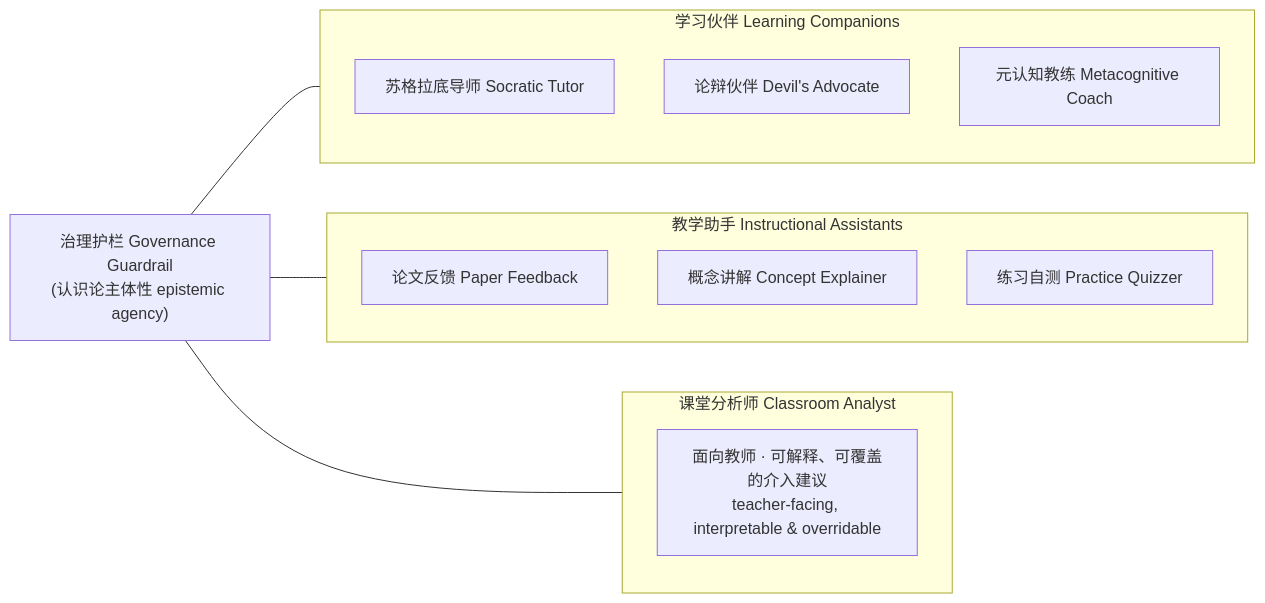
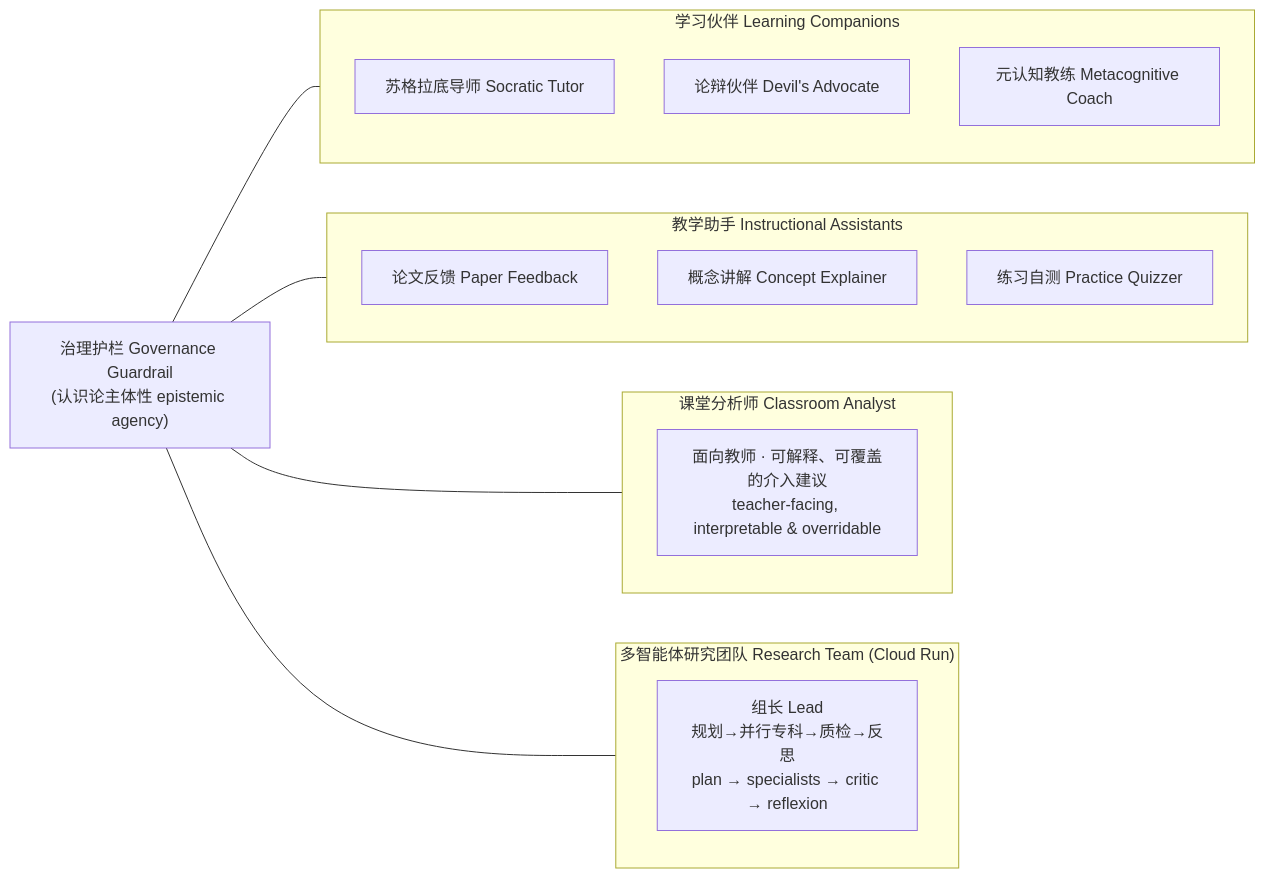
One commit to Youn-17/AI_academic_tutor changed the second of 4 diagrams in README.md. Above: the diagram before and after it, drawn with Mermaid. The commit also changed other lines of this file and 1 other file, not shown here.

````diff
--- a/README.md
+++ b/README.md
@@ -70,20 +70,24 @@
 ```mermaid
 flowchart LR
     G["治理护栏 Governance Guardrail<br/>(认识论主体性 epistemic agency)"]
     subgraph LC["学习伙伴 Learning Companions"]
         S["苏格拉底导师 Socratic Tutor"]
         D["论辩伙伴 Devil's Advocate"]
         M["元认知教练 Metacognitive Coach"]
     end
     subgraph IA["教学助手 Instructional Assistants"]
         P["论文反馈 Paper Feedback"]
         C["概念讲解 Concept Explainer"]
         Q["练习自测 Practice Quizzer"]
     end
     subgraph CA["课堂分析师 Classroom Analyst"]
         A["面向教师 · 可解释、可覆盖的介入建议<br/>teacher-facing, interpretable & overridable"]
     end
+    subgraph RT["多智能体研究团队 Research Team (Cloud Run)"]
+        O["组长 Lead<br/>规划→并行专科→质检→反思<br/>plan → specialists → critic → reflexion"]
+    end
     G --- LC
     G --- IA
     G --- CA
+    G --- RT
 ```
````
